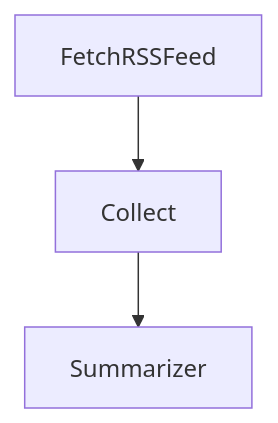
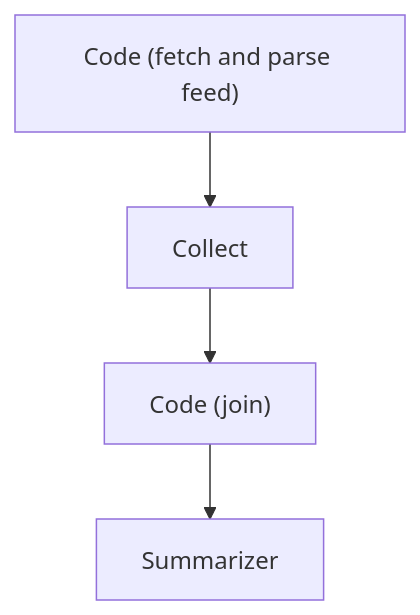
Before and after one commit to nodetool-ai/nodetool: the diagram in docs/workflows/summarize-rss.md, drawn with Mermaid. The commit also changed other lines of this file and 118 other files, not shown here.

```diff
--- a/docs/workflows/summarize-rss.md
+++ b/docs/workflows/summarize-rss.md
@@ -22,8 +31,10 @@
 {% mermaid %}
 graph TD
-  fetchrssfeed_3fd0dc["FetchRSSFeed"]
-  collect_98cc0c["Collect"]
-  summarizer_065961["Summarizer"]
-  fetchrssfeed_3fd0dc --> collect_98cc0c
-  collect_98cc0c --> summarizer_065961
+  fetch["Code (fetch and parse feed)"]
+  collect["Collect"]
+  join["Code (join)"]
+  summarizer["Summarizer"]
+  fetch --> collect
+  collect --> join
+  join --> summarizer
 {% endmermaid %}
```
